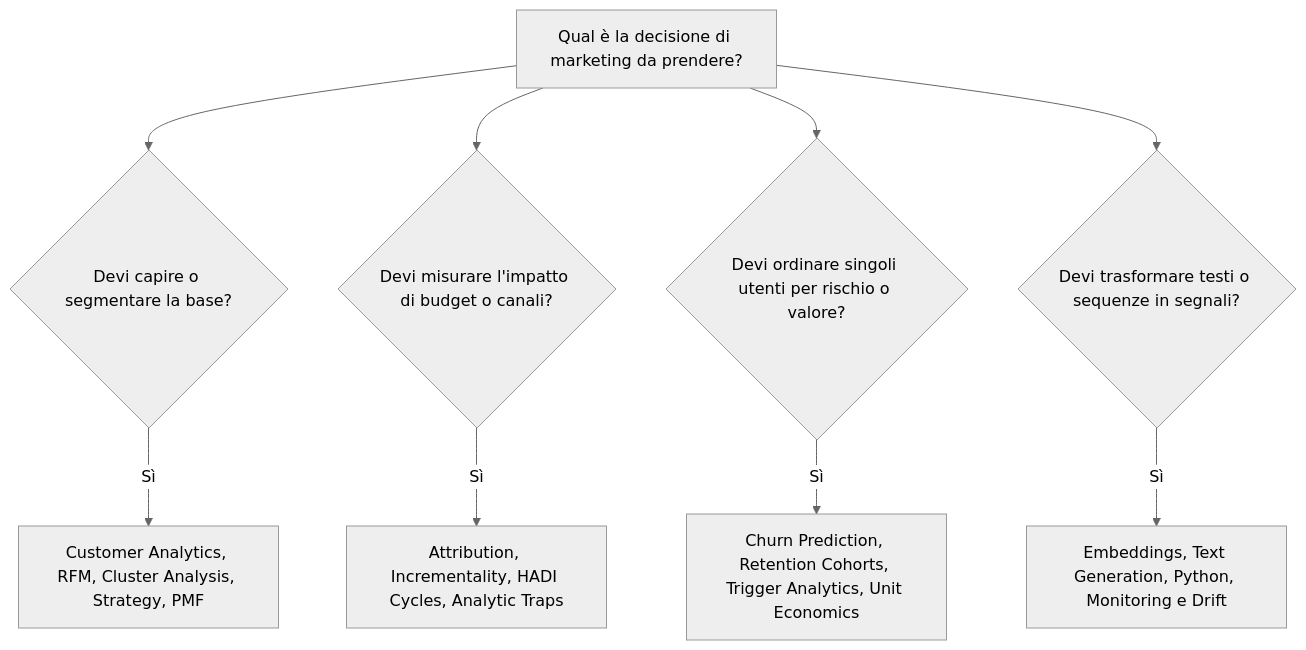
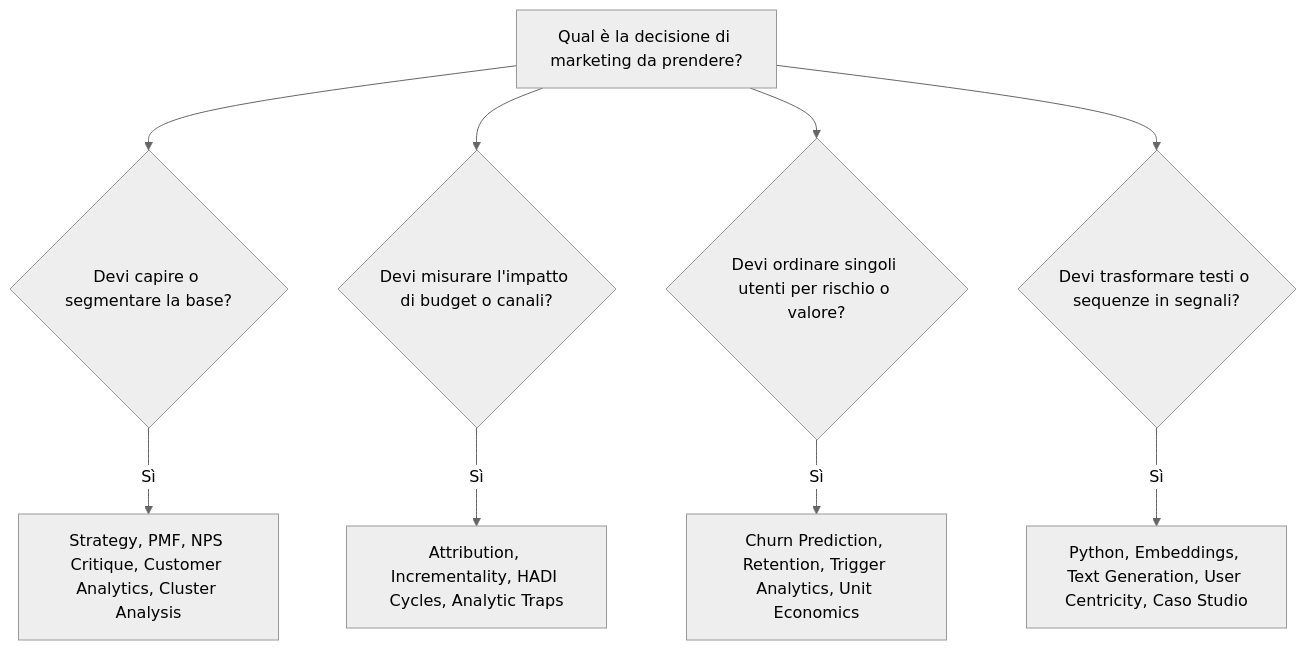
Before and after one commit to AndreyBertasini/gynnitech: the diagram in src/content/corso/marketing-data-science/cheat-sheet.mdx, drawn with Mermaid (neutral theme). The commit also changed 5 other files, not shown here.

````diff
--- a/src/content/corso/marketing-data-science/cheat-sheet.mdx
+++ b/src/content/corso/marketing-data-science/cheat-sheet.mdx
@@ -36,11 +36,11 @@
 ```mermaid
 flowchart TD
     A["Qual è la decisione di marketing da prendere?"] --> B{"Devi capire o segmentare la base?"}
-    B -- "Sì" --> C["Customer Analytics, RFM, Cluster Analysis, Strategy, PMF"]
+    B -- "Sì" --> C["Strategy, PMF, NPS Critique, Customer Analytics, Cluster Analysis"]
     A --> D{"Devi misurare l'impatto di budget o canali?"}
     D -- "Sì" --> E["Attribution, Incrementality, HADI Cycles, Analytic Traps"]
     A --> F{"Devi ordinare singoli utenti per rischio o valore?"}
-    F -- "Sì" --> G["Churn Prediction, Retention Cohorts, Trigger Analytics, Unit Economics"]
+    F -- "Sì" --> G["Churn Prediction, Retention, Trigger Analytics, Unit Economics"]
     A --> H{"Devi trasformare testi o sequenze in segnali?"}
-    H -- "Sì" --> I["Embeddings, Text Generation, Python, Monitoring e Drift"]
+    H -- "Sì" --> I["Python, Embeddings, Text Generation, User Centricity, Caso Studio"]
 ```
````
